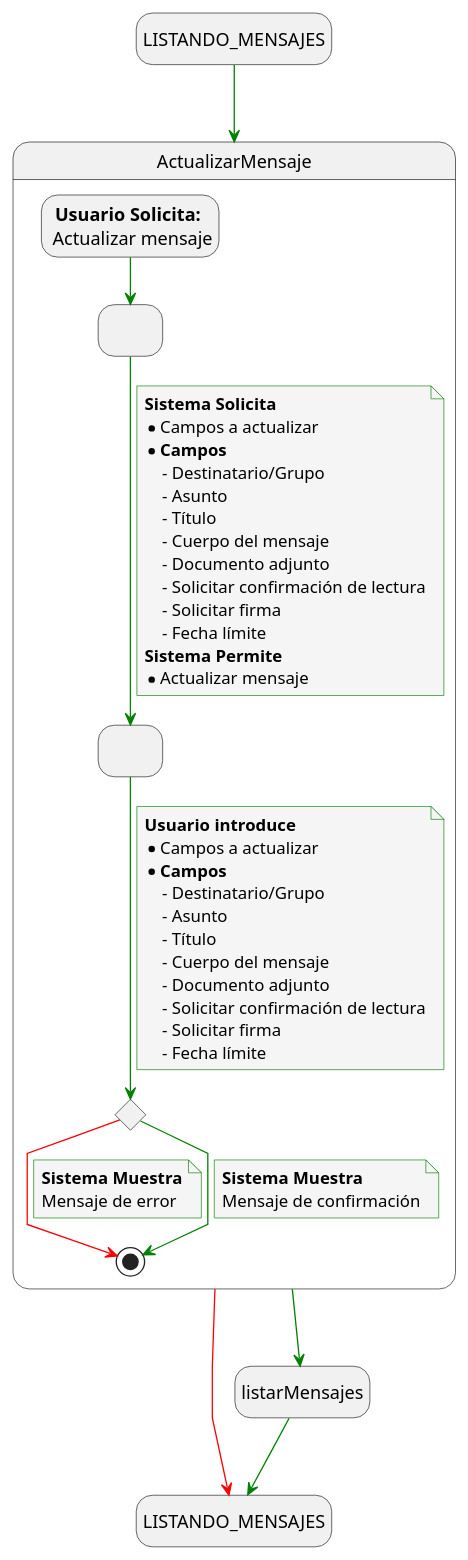
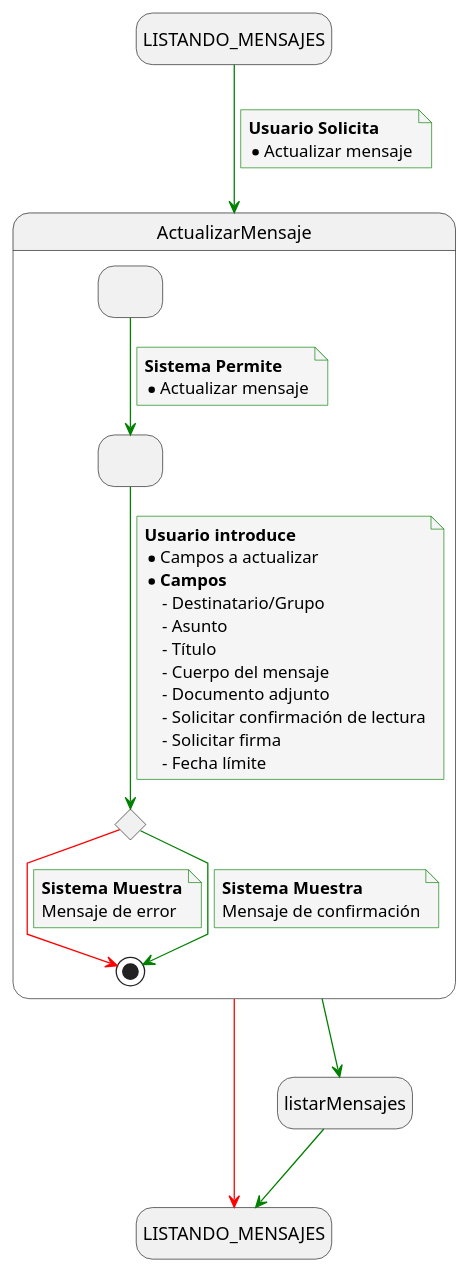
Before and after one commit to mmasias/24-25-IdSw1-SDR: the diagram in docs/casosDeUso/detalladoCasosDeUso/detalladoEnvioMensajes/detalladoActualizarMensaje.puml, drawn with PlantUML. The commit also changed 5 other files, not shown here.

```diff
--- a/docs/casosDeUso/detalladoCasosDeUso/detalladoEnvioMensajes/detalladoActualizarMensaje.puml
+++ b/docs/casosDeUso/detalladoCasosDeUso/detalladoEnvioMensajes/detalladoActualizarMensaje.puml
@@ -1,73 +1,64 @@
 @startuml actualizar_mensaje
 
 skinparam {
   NoteBackgroundColor #whiteSmoke
   ArrowColor #green
   NoteBorderColor #green
   linetype polyline
 }
 
 hide empty description
 
 state startState as "LISTANDO_MENSAJES"
 state endState as "LISTANDO_MENSAJES"
 
 startState --> ActualizarMensaje
+note on link
+    <b>Usuario Solicita</b>
+    * Actualizar mensaje
+end note
 
 ActualizarMensaje--> listarMensajes
 listarMensajes--> endState
 ActualizarMensaje-[#red]-> endState
 
 state ActualizarMensaje{
     state solicitudFiltros as " "
     state envioFiltros as " "
     state revisionFiltrosEnviados <<choice>>
-    state usuarioSolicita as "<b>Usuario Solicita:</b> \n Actualizar mensaje"
 
-    usuarioSolicita --> solicitudFiltros
     solicitudFiltros --> envioFiltros
     note on link
-        <b>Sistema Solicita</b>
-        * Campos a actualizar
-        * <b>Campos</b>
-            - Destinatario/Grupo
-            - Asunto
-            - Título
-            - Cuerpo del mensaje
-            - Documento adjunto
-            - Solicitar confirmación de lectura
-            - Solicitar firma
-            - Fecha límite
         <b>Sistema Permite</b>
         * Actualizar mensaje
     end note
 
     envioFiltros --> revisionFiltrosEnviados
     note on link
         <b>Usuario introduce</b>
         * Campos a actualizar
         * <b>Campos</b>
             - Destinatario/Grupo
             - Asunto
             - Título
             - Cuerpo del mensaje
             - Documento adjunto
             - Solicitar confirmación de lectura
             - Solicitar firma
             - Fecha límite
     end note
 
     revisionFiltrosEnviados -[#red]-> [*]
     note on link
         <b>Sistema Muestra</b>
         Mensaje de error
     end note
 
     revisionFiltrosEnviados --> [*]
     note on link
         <b>Sistema Muestra</b>
         Mensaje de confirmación
     end note
 }
 
 @enduml
```
